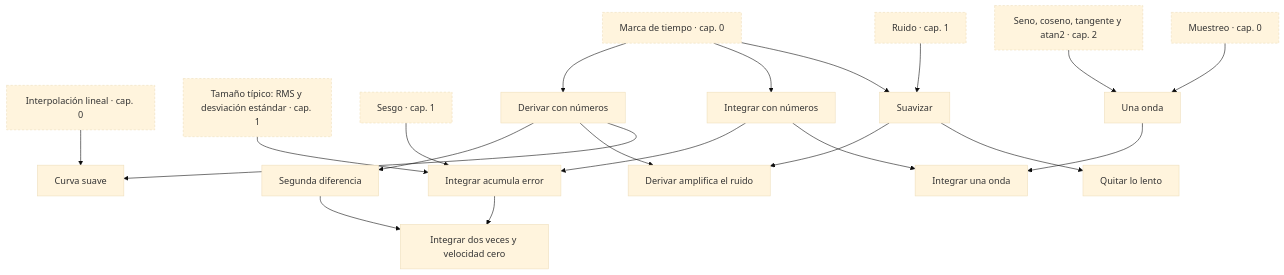
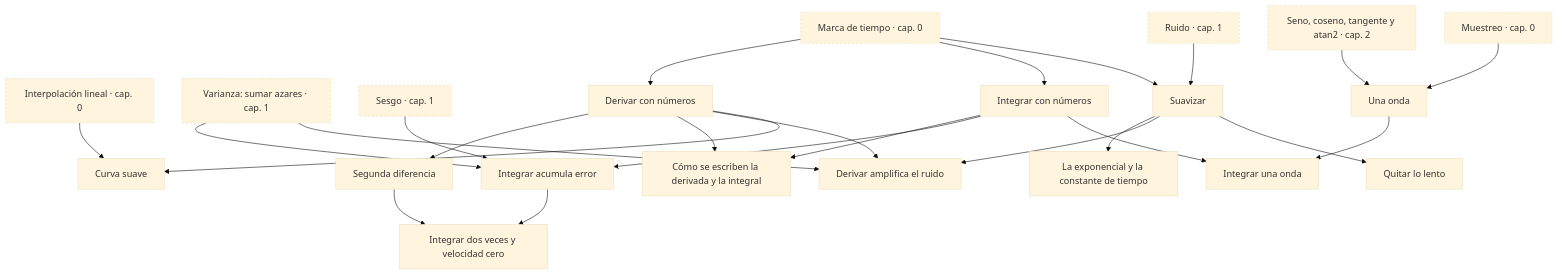
Before and after one commit to javiersoliso/gearstream: the fifth of 15 diagrams in docs/curso/mapa.md, drawn with Mermaid (base theme). The commit also changed other lines of this file and 3 other files, not shown here.

Commit message:
Curso: cinco conceptos nuevos (varianza, notación, exponencial, producto de matrices, probabilidad), sus prerrequisitos y las escenas nuevas en render.py

````diff
--- a/docs/curso/mapa.md
+++ b/docs/curso/mapa.md
@@ -180,41 +183,47 @@
 ```mermaid
 flowchart TD
   classDef fuera stroke-dasharray: 4 3
   k_muestreo["Muestreo · cap. 0"]:::fuera
   k_marca_de_tiempo["Marca de tiempo · cap. 0"]:::fuera
   k_interpolacion_lineal["Interpolación lineal · cap. 0"]:::fuera
   k_ruido["Ruido · cap. 1"]:::fuera
-  k_tamano_tipico["Tamaño típico: RMS y desviación estándar · cap. 1"]:::fuera
+  k_varianza["Varianza: sumar azares · cap. 1"]:::fuera
   k_sesgo["Sesgo · cap. 1"]:::fuera
   k_trigonometria["Seno, coseno, tangente y atan2 · cap. 2"]:::fuera
   k_derivada_discreta["Derivar con números"]
   k_segunda_derivada["Segunda diferencia"]
   k_integral_discreta["Integrar con números"]
+  k_notacion_derivada_integral["Cómo se escriben la derivada y la integral"]
   k_error_acumulado["Integrar acumula error"]
   k_doble_integral_zupt["Integrar dos veces y velocidad cero"]
   k_suavizar["Suavizar"]
+  k_exponencial["La exponencial y la constante de tiempo"]
   k_derivar_amplifica_ruido["Derivar amplifica el ruido"]
   k_paso_alto["Quitar lo lento"]
   k_curva_suave["Curva suave"]
   k_onda_seno["Una onda"]
   k_integrar_un_seno["Integrar una onda"]
   k_marca_de_tiempo --> k_derivada_discreta
   k_derivada_discreta --> k_segunda_derivada
   k_marca_de_tiempo --> k_integral_discreta
+  k_derivada_discreta --> k_notacion_derivada_integral
+  k_integral_discreta --> k_notacion_derivada_integral
   k_integral_discreta --> k_error_acumulado
   k_sesgo --> k_error_acumulado
-  k_tamano_tipico --> k_error_acumulado
+  k_varianza --> k_error_acumulado
   k_error_acumulado --> k_doble_integral_zupt
   k_segunda_derivada --> k_doble_integral_zupt
   k_marca_de_tiempo --> k_suavizar
   k_ruido --> k_suavizar
+  k_suavizar --> k_exponencial
   k_derivada_discreta --> k_derivar_amplifica_ruido
   k_suavizar --> k_derivar_amplifica_ruido
+  k_varianza --> k_derivar_amplifica_ruido
   k_suavizar --> k_paso_alto
   k_interpolacion_lineal --> k_curva_suave
   k_derivada_discreta --> k_curva_suave
   k_trigonometria --> k_onda_seno
   k_muestreo --> k_onda_seno
   k_onda_seno --> k_integrar_un_seno
   k_integral_discreta --> k_integrar_un_seno
 ```
````
